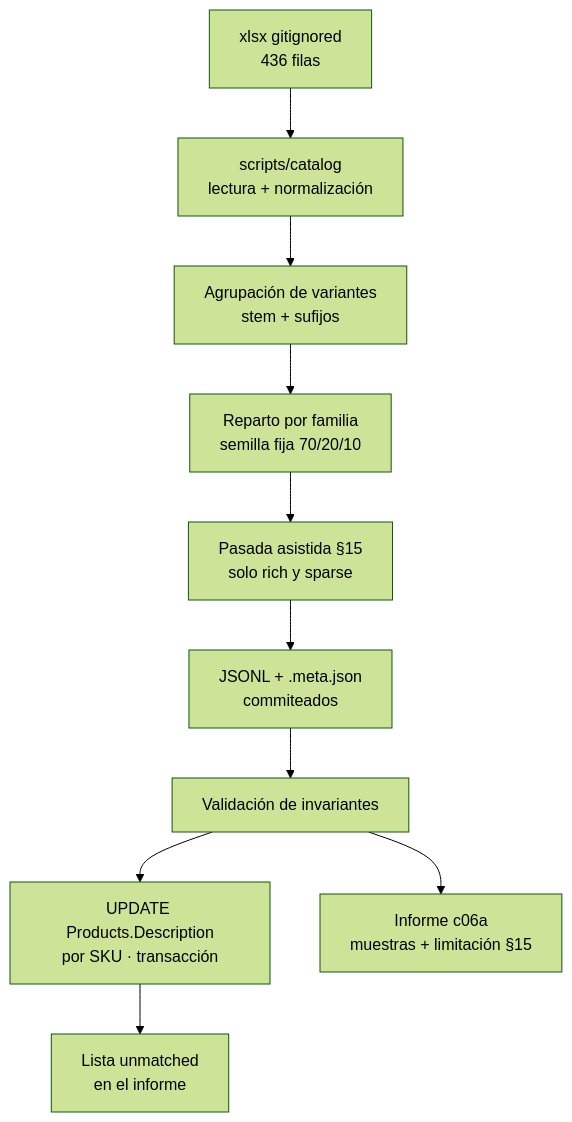
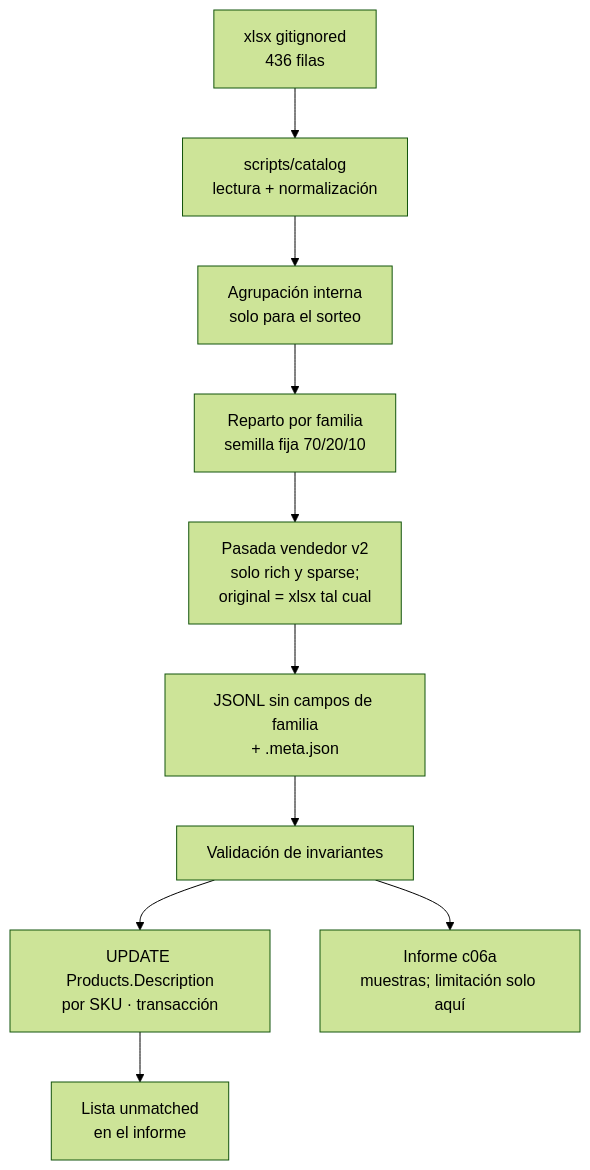
The first of 2 diagrams in openspec/changes/add-real-catalog-ingestion-and-text-assist/design.md (skydr4g0n-it/joiabagur-pv), drawn with Mermaid (forest theme) before and after one commit. The commit also changed other lines of this file and 42 other files, not shown here.

````diff
--- a/openspec/changes/add-real-catalog-ingestion-and-text-assist/design.md
+++ b/openspec/changes/add-real-catalog-ingestion-and-text-assist/design.md
@@ -40,12 +43,12 @@
 ```mermaid
 flowchart TD
   xlsx["xlsx gitignored<br/>436 filas"] --> read["scripts/catalog<br/>lectura + normalización"]
-  read --> group["Agrupación de variantes<br/>stem + sufijos"]
+  read --> group["Agrupación interna<br/>solo para el sorteo"]
   group --> assign["Reparto por familia<br/>semilla fija 70/20/10"]
-  assign --> assist["Pasada asistida §15<br/>solo rich y sparse"]
-  assist --> jsonl["JSONL + .meta.json<br/>commiteados"]
+  assign --> assist["Pasada vendedor v2<br/>solo rich y sparse;<br/>original = xlsx tal cual"]
+  assist --> jsonl["JSONL sin campos de familia<br/>+ .meta.json"]
   jsonl --> validate["Validación de invariantes"]
   validate --> ingest["UPDATE Products.Description<br/>por SKU · transacción"]
-  validate --> report["Informe c06a<br/>muestras + limitación §15"]
+  validate --> report["Informe c06a<br/>muestras; limitación solo aquí"]
   ingest --> unmatched["Lista unmatched<br/>en el informe"]
 ```
````
